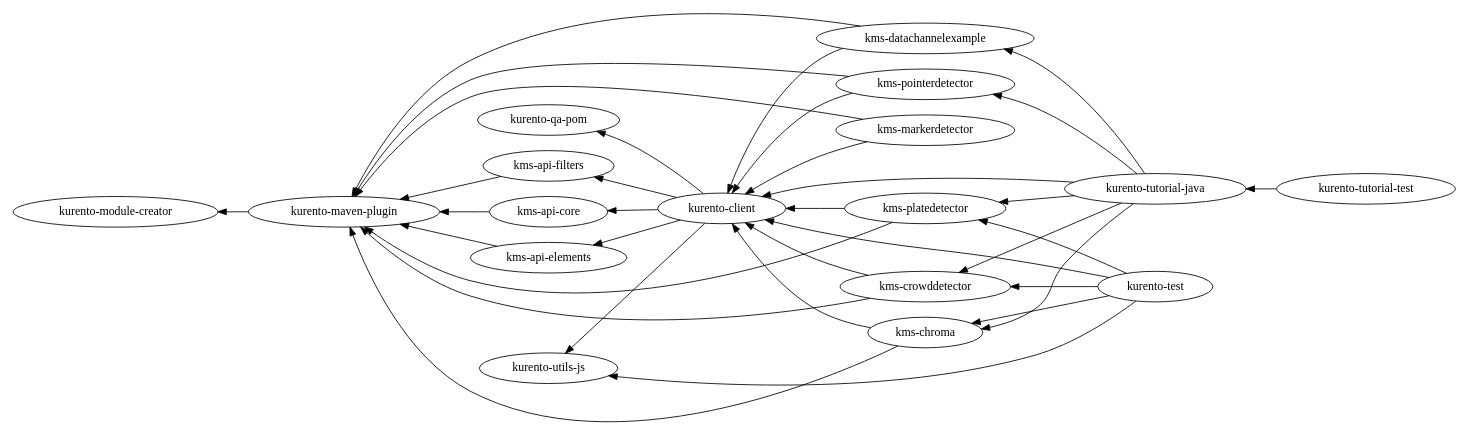
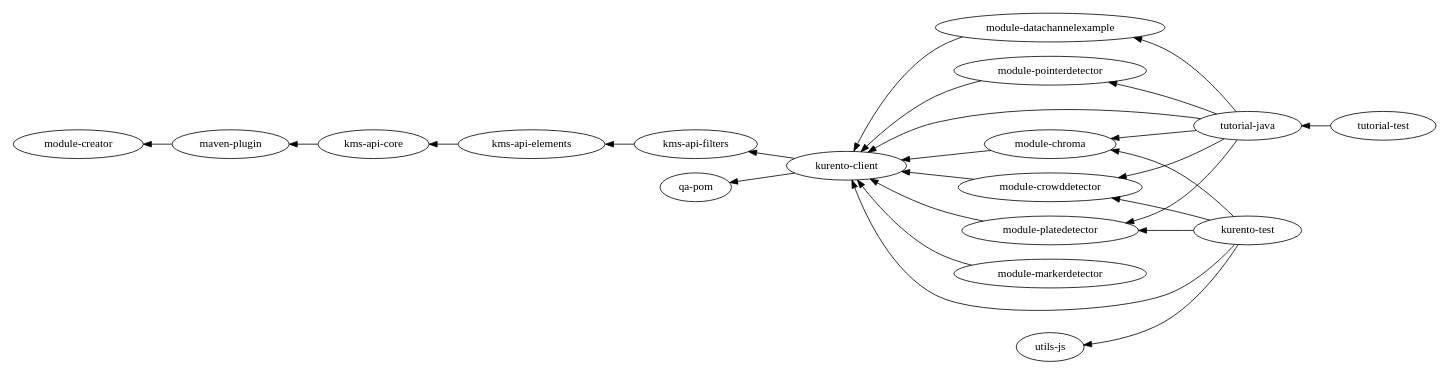
The diagram in source/images/graphs/dependencies-java.dot (Kurento/doc-kurento-readthedocs), drawn with Graphviz before and after one commit. The commit also changed 655 other files, not shown here.

```diff
--- a/source/images/graphs/dependencies-java.dot
+++ b/source/images/graphs/dependencies-java.dot
@@ -1,32 +1,32 @@
 digraph dependencies_all {
   bgcolor = "transparent";
   fontname = "Bitstream Vera Sans";
   fontsize = 8;
   size = "12,8";
 
   rankdir = "RL";
 
-  "kurento-module-creator";
-  "kurento-maven-plugin" -> "kurento-module-creator";
+  "module-creator";
+  "maven-plugin" -> "module-creator";
+  "kms-api-core" -> {"maven-plugin"};
+  "kms-api-elements" -> {"kms-api-core"};
+  "kms-api-filters" -> {"kms-api-elements"};
 
-  "kms-api-core" -> {"kurento-maven-plugin"};
-  "kms-api-elements" -> {"kurento-maven-plugin"};
-  "kms-api-filters" -> {"kurento-maven-plugin"};
+  "qa-pom";
 
-  "kurento-qa-pom";
-  "kurento-utils-js";
+  "kurento-client" -> {"qa-pom" "kms-api-filters"};
 
-  "kurento-client" -> {"kurento-qa-pom" "kurento-utils-js" "kms-api-core" "kms-api-elements" "kms-api-filters"};
+  // Example plugins.
+  "module-chroma" -> {"kurento-client"};
+  "module-crowddetector" -> {"kurento-client"};
+  "module-datachannelexample" -> {"kurento-client"};
+  "module-markerdetector" -> {"kurento-client"};
+  "module-platedetector" -> {"kurento-client"};
+  "module-pointerdetector" -> {"kurento-client"};
 
-  "kms-chroma" -> {"kurento-maven-plugin" "kurento-client"};
-  "kms-crowddetector" -> {"kurento-maven-plugin" "kurento-client"};
-  "kms-datachannelexample" -> {"kurento-maven-plugin" "kurento-client"};
-  "kms-markerdetector" -> {"kurento-maven-plugin" "kurento-client"};
-  "kms-platedetector" -> {"kurento-maven-plugin" "kurento-client"};
-  "kms-pointerdetector" -> {"kurento-maven-plugin" "kurento-client"};
+  "utils-js";
+  "kurento-test" -> {"utils-js" "kurento-client" "module-chroma" "module-crowddetector" "module-platedetector"};
 
-  "kurento-tutorial-java" -> {"kurento-client" "kms-chroma" "kms-crowddetector" "kms-datachannelexample" "kms-platedetector" "kms-pointerdetector"};
-  "kurento-tutorial-test" -> "kurento-tutorial-java";
-
-  "kurento-test" -> {"kurento-client" "kurento-client" "kurento-utils-js" "kms-chroma" "kms-crowddetector" "kms-platedetector"};
+  "tutorial-java" -> {"kurento-client" "module-chroma" "module-crowddetector" "module-datachannelexample" "module-platedetector" "module-pointerdetector"};
+  "tutorial-test" -> "tutorial-java";
 }
```
